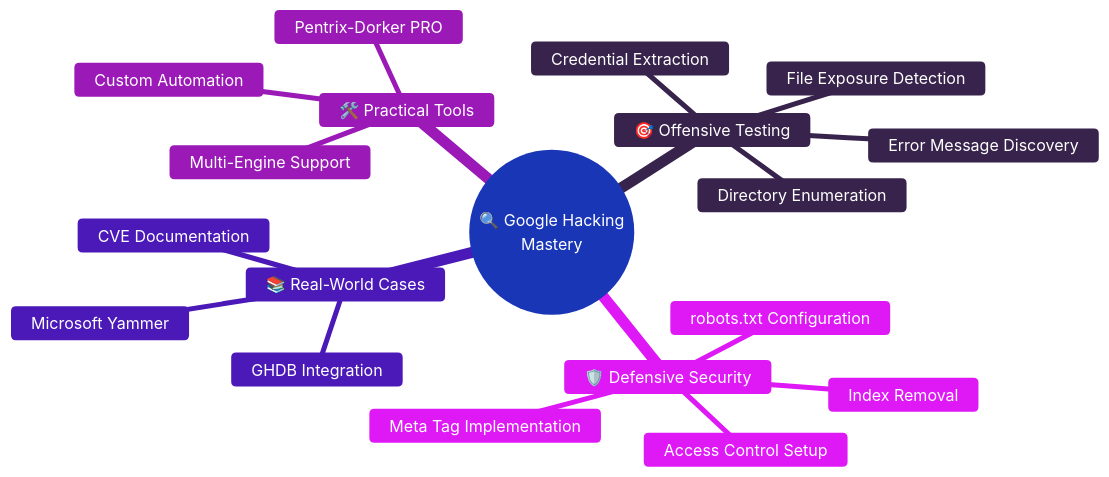
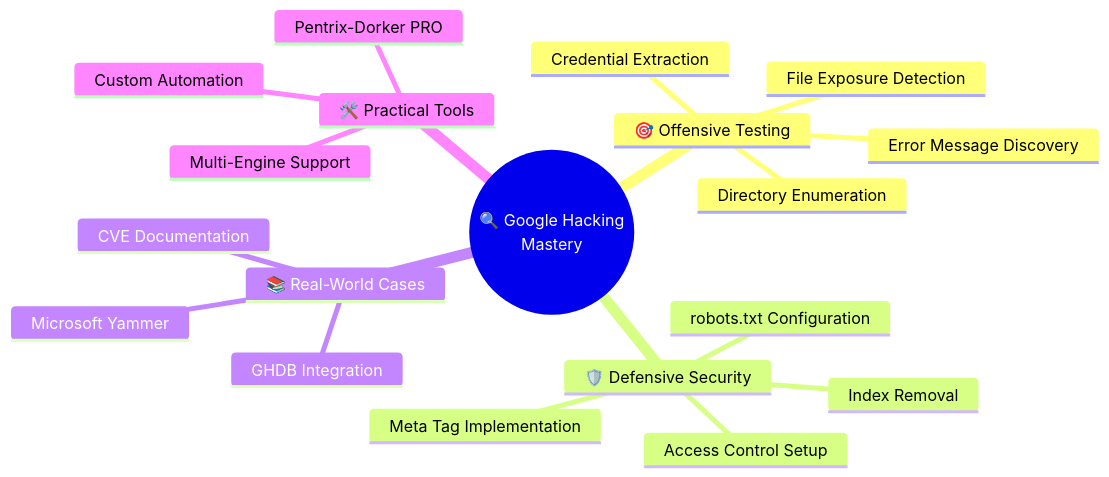
The first of 7 diagrams in README.md (mizazhaider-ceh/Web-Security-Google-Dorking), drawn with Mermaid before and after one commit. The commit also changed other lines of this file, not shown here.

````diff
--- a/README.md
+++ b/README.md
@@ -38,23 +38,23 @@
 ```mermaid
-%%{init: {'theme':'base', 'themeVariables': { 'primaryColor':'#667eea','primaryTextColor':'#fff','primaryBorderColor':'#7C0000','lineColor':'#F8B229','secondaryColor':'#764ba2','tertiaryColor':'#f093fb'}}}%%
+%%{init: {'theme':'default', 'themeVariables': { 'background':'#ffffff','mainBkg':'#ffffff','secondaryBkg':'#ffffff','tertiaryBkg':'#ffffff','primaryColor':'#667eea','primaryTextColor':'#000','primaryBorderColor':'#7C0000','lineColor':'#F8B229','secondaryColor':'#764ba2','tertiaryColor':'#f093fb'}}}%%
 mindmap
   root((🔍 Google Hacking<br/>Mastery))
     🎯 Offensive Testing
       Directory Enumeration
       Error Message Discovery
       Credential Extraction
       File Exposure Detection
     🛡️ Defensive Security
       robots.txt Configuration
       Meta Tag Implementation
       Access Control Setup
       Index Removal
     📚 Real-World Cases
       Microsoft Yammer
       GHDB Integration
       CVE Documentation
     🛠️ Practical Tools
       Pentrix-Dorker PRO
       Custom Automation
       Multi-Engine Support
 ```
````
